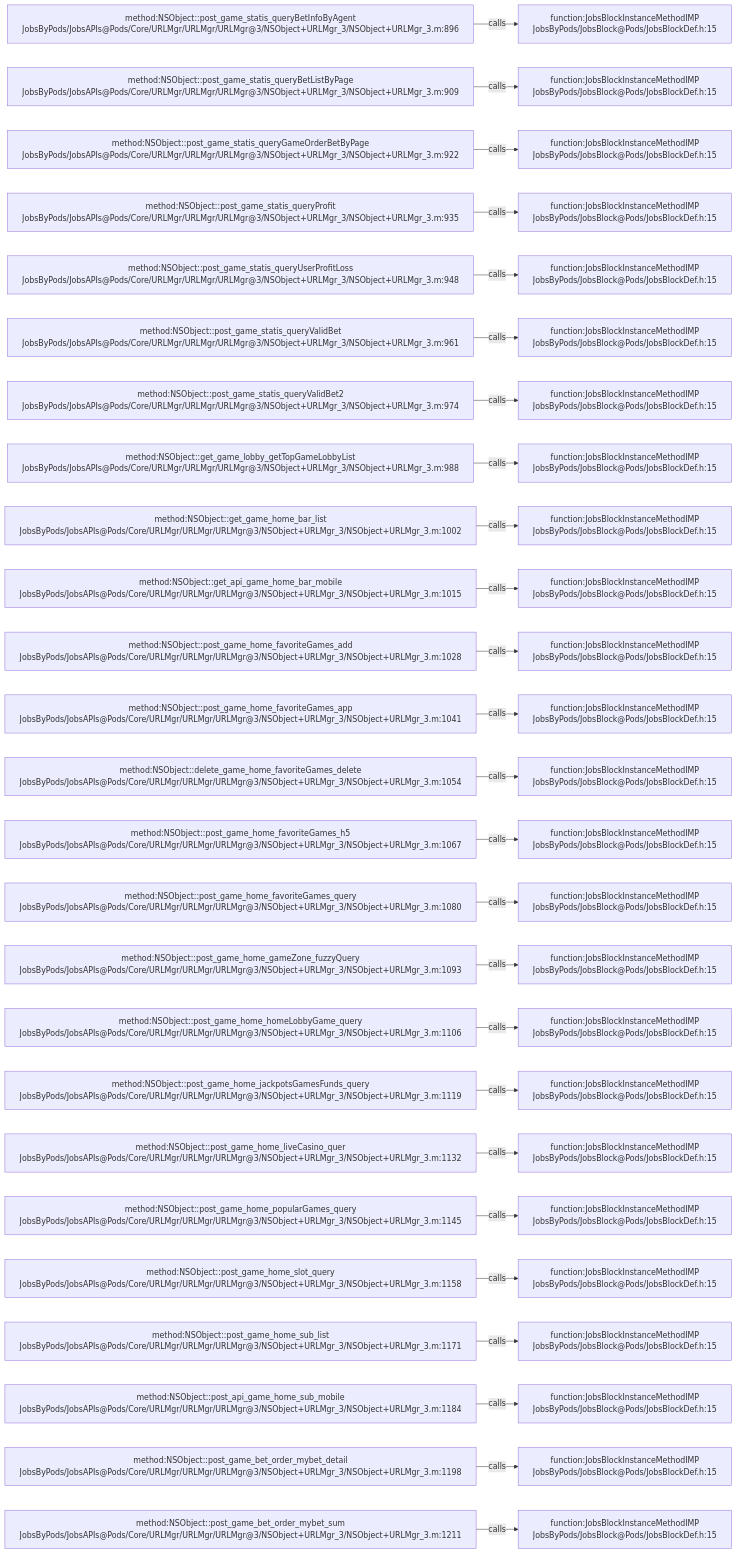
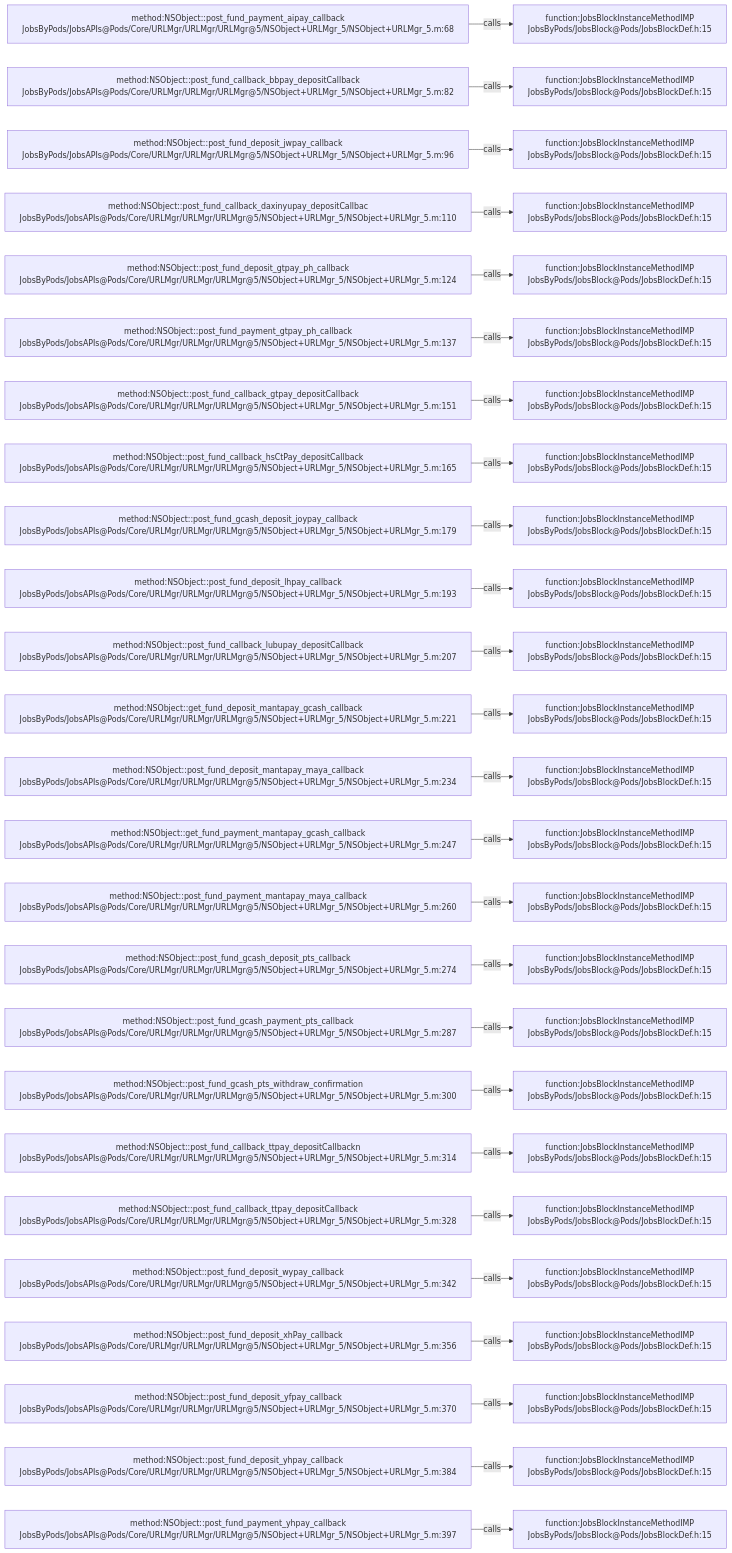
One commit to JobsKits/JobsOCBaseConfigDemo changed the diagram in .codegraph/codegraph.md/graphs/calls-062.md. Above: the diagram before and after it, drawn with Mermaid. The commit also changed 223 other files, not shown here.

````diff
--- a/.codegraph/codegraph.md/graphs/calls-062.md
+++ b/.codegraph/codegraph.md/graphs/calls-062.md
@@ -13,78 +13,78 @@
 ```mermaid
 flowchart LR
-  S1["method:NSObject::post_game_statis_queryBetInfoByAgent<br/>JobsByPods/JobsAPIs@Pods/Core/URLMgr/URLMgr/URLMgr@3/NSObject+URLMgr_3/NSObject+URLMgr_3.m:896"]
+  S1["method:NSObject::post_fund_payment_aipay_callback<br/>JobsByPods/JobsAPIs@Pods/Core/URLMgr/URLMgr/URLMgr@5/NSObject+URLMgr_5/NSObject+URLMgr_5.m:68"]
   T1["function:JobsBlockInstanceMethodIMP<br/>JobsByPods/JobsBlock@Pods/JobsBlockDef.h:15"]
   S1 -->|calls| T1
-  S2["method:NSObject::post_game_statis_queryBetListByPage<br/>JobsByPods/JobsAPIs@Pods/Core/URLMgr/URLMgr/URLMgr@3/NSObject+URLMgr_3/NSObject+URLMgr_3.m:909"]
+  S2["method:NSObject::post_fund_callback_bbpay_depositCallback<br/>JobsByPods/JobsAPIs@Pods/Core/URLMgr/URLMgr/URLMgr@5/NSObject+URLMgr_5/NSObject+URLMgr_5.m:82"]
   T2["function:JobsBlockInstanceMethodIMP<br/>JobsByPods/JobsBlock@Pods/JobsBlockDef.h:15"]
   S2 -->|calls| T2
-  S3["method:NSObject::post_game_statis_queryGameOrderBetByPage<br/>JobsByPods/JobsAPIs@Pods/Core/URLMgr/URLMgr/URLMgr@3/NSObject+URLMgr_3/NSObject+URLMgr_3.m:922"]
+  S3["method:NSObject::post_fund_deposit_jwpay_callback<br/>JobsByPods/JobsAPIs@Pods/Core/URLMgr/URLMgr/URLMgr@5/NSObject+URLMgr_5/NSObject+URLMgr_5.m:96"]
   T3["function:JobsBlockInstanceMethodIMP<br/>JobsByPods/JobsBlock@Pods/JobsBlockDef.h:15"]
   S3 -->|calls| T3
-  S4["method:NSObject::post_game_statis_queryProfit<br/>JobsByPods/JobsAPIs@Pods/Core/URLMgr/URLMgr/URLMgr@3/NSObject+URLMgr_3/NSObject+URLMgr_3.m:935"]
+  S4["method:NSObject::post_fund_callback_daxinyupay_depositCallbac<br/>JobsByPods/JobsAPIs@Pods/Core/URLMgr/URLMgr/URLMgr@5/NSObject+URLMgr_5/NSObject+URLMgr_5.m:110"]
   T4["function:JobsBlockInstanceMethodIMP<br/>JobsByPods/JobsBlock@Pods/JobsBlockDef.h:15"]
   S4 -->|calls| T4
-  S5["method:NSObject::post_game_statis_queryUserProfitLoss<br/>JobsByPods/JobsAPIs@Pods/Core/URLMgr/URLMgr/URLMgr@3/NSObject+URLMgr_3/NSObject+URLMgr_3.m:948"]
+  S5["method:NSObject::post_fund_deposit_gtpay_ph_callback<br/>JobsByPods/JobsAPIs@Pods/Core/URLMgr/URLMgr/URLMgr@5/NSObject+URLMgr_5/NSObject+URLMgr_5.m:124"]
   T5["function:JobsBlockInstanceMethodIMP<br/>JobsByPods/JobsBlock@Pods/JobsBlockDef.h:15"]
   S5 -->|calls| T5
-  S6["method:NSObject::post_game_statis_queryValidBet<br/>JobsByPods/JobsAPIs@Pods/Core/URLMgr/URLMgr/URLMgr@3/NSObject+URLMgr_3/NSObject+URLMgr_3.m:961"]
+  S6["method:NSObject::post_fund_payment_gtpay_ph_callback<br/>JobsByPods/JobsAPIs@Pods/Core/URLMgr/URLMgr/URLMgr@5/NSObject+URLMgr_5/NSObject+URLMgr_5.m:137"]
   T6["function:JobsBlockInstanceMethodIMP<br/>JobsByPods/JobsBlock@Pods/JobsBlockDef.h:15"]
   S6 -->|calls| T6
-  S7["method:NSObject::post_game_statis_queryValidBet2<br/>JobsByPods/JobsAPIs@Pods/Core/URLMgr/URLMgr/URLMgr@3/NSObject+URLMgr_3/NSObject+URLMgr_3.m:974"]
+  S7["method:NSObject::post_fund_callback_gtpay_depositCallback<br/>JobsByPods/JobsAPIs@Pods/Core/URLMgr/URLMgr/URLMgr@5/NSObject+URLMgr_5/NSObject+URLMgr_5.m:151"]
   T7["function:JobsBlockInstanceMethodIMP<br/>JobsByPods/JobsBlock@Pods/JobsBlockDef.h:15"]
   S7 -->|calls| T7
-  S8["method:NSObject::get_game_lobby_getTopGameLobbyList<br/>JobsByPods/JobsAPIs@Pods/Core/URLMgr/URLMgr/URLMgr@3/NSObject+URLMgr_3/NSObject+URLMgr_3.m:988"]
+  S8["method:NSObject::post_fund_callback_hsCtPay_depositCallback<br/>JobsByPods/JobsAPIs@Pods/Core/URLMgr/URLMgr/URLMgr@5/NSObject+URLMgr_5/NSObject+URLMgr_5.m:165"]
   T8["function:JobsBlockInstanceMethodIMP<br/>JobsByPods/JobsBlock@Pods/JobsBlockDef.h:15"]
   S8 -->|calls| T8
-  S9["method:NSObject::get_game_home_bar_list<br/>JobsByPods/JobsAPIs@Pods/Core/URLMgr/URLMgr/URLMgr@3/NSObject+URLMgr_3/NSObject+URLMgr_3.m:1002"]
+  S9["method:NSObject::post_fund_gcash_deposit_joypay_callback<br/>JobsByPods/JobsAPIs@Pods/Core/URLMgr/URLMgr/URLMgr@5/NSObject+URLMgr_5/NSObject+URLMgr_5.m:179"]
   T9["function:JobsBlockInstanceMethodIMP<br/>JobsByPods/JobsBlock@Pods/JobsBlockDef.h:15"]
   S9 -->|calls| T9
-  S10["method:NSObject::get_api_game_home_bar_mobile<br/>JobsByPods/JobsAPIs@Pods/Core/URLMgr/URLMgr/URLMgr@3/NSObject+URLMgr_3/NSObject+URLMgr_3.m:1015"]
+  S10["method:NSObject::post_fund_deposit_lhpay_callback<br/>JobsByPods/JobsAPIs@Pods/Core/URLMgr/URLMgr/URLMgr@5/NSObject+URLMgr_5/NSObject+URLMgr_5.m:193"]
   T10["function:JobsBlockInstanceMethodIMP<br/>JobsByPods/JobsBlock@Pods/JobsBlockDef.h:15"]
   S10 -->|calls| T10
-  S11["method:NSObject::post_game_home_favoriteGames_add<br/>JobsByPods/JobsAPIs@Pods/Core/URLMgr/URLMgr/URLMgr@3/NSObject+URLMgr_3/NSObject+URLMgr_3.m:1028"]
+  S11["method:NSObject::post_fund_callback_lubupay_depositCallback<br/>JobsByPods/JobsAPIs@Pods/Core/URLMgr/URLMgr/URLMgr@5/NSObject+URLMgr_5/NSObject+URLMgr_5.m:207"]
   T11["function:JobsBlockInstanceMethodIMP<br/>JobsByPods/JobsBlock@Pods/JobsBlockDef.h:15"]
   S11 -->|calls| T11
-  S12["method:NSObject::post_game_home_favoriteGames_app<br/>JobsByPods/JobsAPIs@Pods/Core/URLMgr/URLMgr/URLMgr@3/NSObject+URLMgr_3/NSObject+URLMgr_3.m:1041"]
+  S12["method:NSObject::get_fund_deposit_mantapay_gcash_callback<br/>JobsByPods/JobsAPIs@Pods/Core/URLMgr/URLMgr/URLMgr@5/NSObject+URLMgr_5/NSObject+URLMgr_5.m:221"]
   T12["function:JobsBlockInstanceMethodIMP<br/>JobsByPods/JobsBlock@Pods/JobsBlockDef.h:15"]
   S12 -->|calls| T12
-  S13["method:NSObject::delete_game_home_favoriteGames_delete<br/>JobsByPods/JobsAPIs@Pods/Core/URLMgr/URLMgr/URLMgr@3/NSObject+URLMgr_3/NSObject+URLMgr_3.m:1054"]
+  S13["method:NSObject::post_fund_deposit_mantapay_maya_callback<br/>JobsByPods/JobsAPIs@Pods/Core/URLMgr/URLMgr/URLMgr@5/NSObject+URLMgr_5/NSObject+URLMgr_5.m:234"]
   T13["function:JobsBlockInstanceMethodIMP<br/>JobsByPods/JobsBlock@Pods/JobsBlockDef.h:15"]
   S13 -->|calls| T13
-  S14["method:NSObject::post_game_home_favoriteGames_h5<br/>JobsByPods/JobsAPIs@Pods/Core/URLMgr/URLMgr/URLMgr@3/NSObject+URLMgr_3/NSObject+URLMgr_3.m:1067"]
+  S14["method:NSObject::get_fund_payment_mantapay_gcash_callback<br/>JobsByPods/JobsAPIs@Pods/Core/URLMgr/URLMgr/URLMgr@5/NSObject+URLMgr_5/NSObject+URLMgr_5.m:247"]
   T14["function:JobsBlockInstanceMethodIMP<br/>JobsByPods/JobsBlock@Pods/JobsBlockDef.h:15"]
   S14 -->|calls| T14
-  S15["method:NSObject::post_game_home_favoriteGames_query<br/>JobsByPods/JobsAPIs@Pods/Core/URLMgr/URLMgr/URLMgr@3/NSObject+URLMgr_3/NSObject+URLMgr_3.m:1080"]
+  S15["method:NSObject::post_fund_payment_mantapay_maya_callback<br/>JobsByPods/JobsAPIs@Pods/Core/URLMgr/URLMgr/URLMgr@5/NSObject+URLMgr_5/NSObject+URLMgr_5.m:260"]
   T15["function:JobsBlockInstanceMethodIMP<br/>JobsByPods/JobsBlock@Pods/JobsBlockDef.h:15"]
   S15 -->|calls| T15
-  S16["method:NSObject::post_game_home_gameZone_fuzzyQuery<br/>JobsByPods/JobsAPIs@Pods/Core/URLMgr/URLMgr/URLMgr@3/NSObject+URLMgr_3/NSObject+URLMgr_3.m:1093"]
+  S16["method:NSObject::post_fund_gcash_deposit_pts_callback<br/>JobsByPods/JobsAPIs@Pods/Core/URLMgr/URLMgr/URLMgr@5/NSObject+URLMgr_5/NSObject+URLMgr_5.m:274"]
   T16["function:JobsBlockInstanceMethodIMP<br/>JobsByPods/JobsBlock@Pods/JobsBlockDef.h:15"]
   S16 -->|calls| T16
-  S17["method:NSObject::post_game_home_homeLobbyGame_query<br/>JobsByPods/JobsAPIs@Pods/Core/URLMgr/URLMgr/URLMgr@3/NSObject+URLMgr_3/NSObject+URLMgr_3.m:1106"]
+  S17["method:NSObject::post_fund_gcash_payment_pts_callback<br/>JobsByPods/JobsAPIs@Pods/Core/URLMgr/URLMgr/URLMgr@5/NSObject+URLMgr_5/NSObject+URLMgr_5.m:287"]
   T17["function:JobsBlockInstanceMethodIMP<br/>JobsByPods/JobsBlock@Pods/JobsBlockDef.h:15"]
   S17 -->|calls| T17
-  S18["method:NSObject::post_game_home_jackpotsGamesFunds_query<br/>JobsByPods/JobsAPIs@Pods/Core/URLMgr/URLMgr/URLMgr@3/NSObject+URLMgr_3/NSObject+URLMgr_3.m:1119"]
+  S18["method:NSObject::post_fund_gcash_pts_withdraw_confirmation<br/>JobsByPods/JobsAPIs@Pods/Core/URLMgr/URLMgr/URLMgr@5/NSObject+URLMgr_5/NSObject+URLMgr_5.m:300"]
   T18["function:JobsBlockInstanceMethodIMP<br/>JobsByPods/JobsBlock@Pods/JobsBlockDef.h:15"]
   S18 -->|calls| T18
-  S19["method:NSObject::post_game_home_liveCasino_quer<br/>JobsByPods/JobsAPIs@Pods/Core/URLMgr/URLMgr/URLMgr@3/NSObject+URLMgr_3/NSObject+URLMgr_3.m:1132"]
+  S19["method:NSObject::post_fund_callback_ttpay_depositCallbackn<br/>JobsByPods/JobsAPIs@Pods/Core/URLMgr/URLMgr/URLMgr@5/NSObject+URLMgr_5/NSObject+URLMgr_5.m:314"]
   T19["function:JobsBlockInstanceMethodIMP<br/>JobsByPods/JobsBlock@Pods/JobsBlockDef.h:15"]
   S19 -->|calls| T19
-  S20["method:NSObject::post_game_home_popularGames_query<br/>JobsByPods/JobsAPIs@Pods/Core/URLMgr/URLMgr/URLMgr@3/NSObject+URLMgr_3/NSObject+URLMgr_3.m:1145"]
+  S20["method:NSObject::post_fund_callback_ttpay_depositCallback<br/>JobsByPods/JobsAPIs@Pods/Core/URLMgr/URLMgr/URLMgr@5/NSObject+URLMgr_5/NSObject+URLMgr_5.m:328"]
   T20["function:JobsBlockInstanceMethodIMP<br/>JobsByPods/JobsBlock@Pods/JobsBlockDef.h:15"]
   S20 -->|calls| T20
-  S21["method:NSObject::post_game_home_slot_query<br/>JobsByPods/JobsAPIs@Pods/Core/URLMgr/URLMgr/URLMgr@3/NSObject+URLMgr_3/NSObject+URLMgr_3.m:1158"]
+  S21["method:NSObject::post_fund_deposit_wypay_callback<br/>JobsByPods/JobsAPIs@Pods/Core/URLMgr/URLMgr/URLMgr@5/NSObject+URLMgr_5/NSObject+URLMgr_5.m:342"]
   T21["function:JobsBlockInstanceMethodIMP<br/>JobsByPods/JobsBlock@Pods/JobsBlockDef.h:15"]
   S21 -->|calls| T21
-  S22["method:NSObject::post_game_home_sub_list<br/>JobsByPods/JobsAPIs@Pods/Core/URLMgr/URLMgr/URLMgr@3/NSObject+URLMgr_3/NSObject+URLMgr_3.m:1171"]
+  S22["method:NSObject::post_fund_deposit_xhPay_callback<br/>JobsByPods/JobsAPIs@Pods/Core/URLMgr/URLMgr/URLMgr@5/NSObject+URLMgr_5/NSObject+URLMgr_5.m:356"]
   T22["function:JobsBlockInstanceMethodIMP<br/>JobsByPods/JobsBlock@Pods/JobsBlockDef.h:15"]
   S22 -->|calls| T22
-  S23["method:NSObject::post_api_game_home_sub_mobile<br/>JobsByPods/JobsAPIs@Pods/Core/URLMgr/URLMgr/URLMgr@3/NSObject+URLMgr_3/NSObject+URLMgr_3.m:1184"]
+  S23["method:NSObject::post_fund_deposit_yfpay_callback<br/>JobsByPods/JobsAPIs@Pods/Core/URLMgr/URLMgr/URLMgr@5/NSObject+URLMgr_5/NSObject+URLMgr_5.m:370"]
   T23["function:JobsBlockInstanceMethodIMP<br/>JobsByPods/JobsBlock@Pods/JobsBlockDef.h:15"]
   S23 -->|calls| T23
-  S24["method:NSObject::post_game_bet_order_mybet_detail<br/>JobsByPods/JobsAPIs@Pods/Core/URLMgr/URLMgr/URLMgr@3/NSObject+URLMgr_3/NSObject+URLMgr_3.m:1198"]
+  S24["method:NSObject::post_fund_deposit_yhpay_callback<br/>JobsByPods/JobsAPIs@Pods/Core/URLMgr/URLMgr/URLMgr@5/NSObject+URLMgr_5/NSObject+URLMgr_5.m:384"]
   T24["function:JobsBlockInstanceMethodIMP<br/>JobsByPods/JobsBlock@Pods/JobsBlockDef.h:15"]
   S24 -->|calls| T24
-  S25["method:NSObject::post_game_bet_order_mybet_sum<br/>JobsByPods/JobsAPIs@Pods/Core/URLMgr/URLMgr/URLMgr@3/NSObject+URLMgr_3/NSObject+URLMgr_3.m:1211"]
+  S25["method:NSObject::post_fund_payment_yhpay_callback<br/>JobsByPods/JobsAPIs@Pods/Core/URLMgr/URLMgr/URLMgr@5/NSObject+URLMgr_5/NSObject+URLMgr_5.m:397"]
   T25["function:JobsBlockInstanceMethodIMP<br/>JobsByPods/JobsBlock@Pods/JobsBlockDef.h:15"]
   S25 -->|calls| T25
 ```
````
